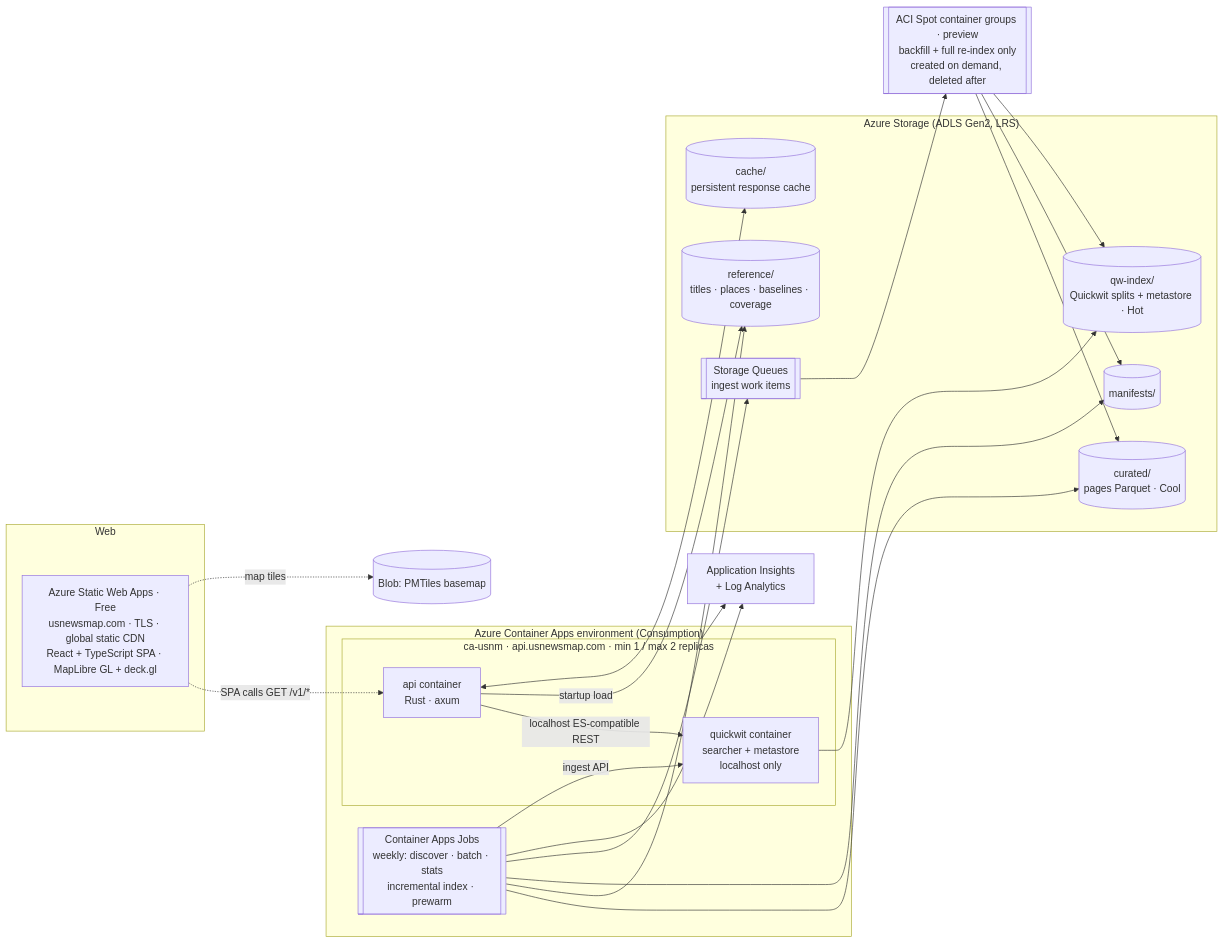
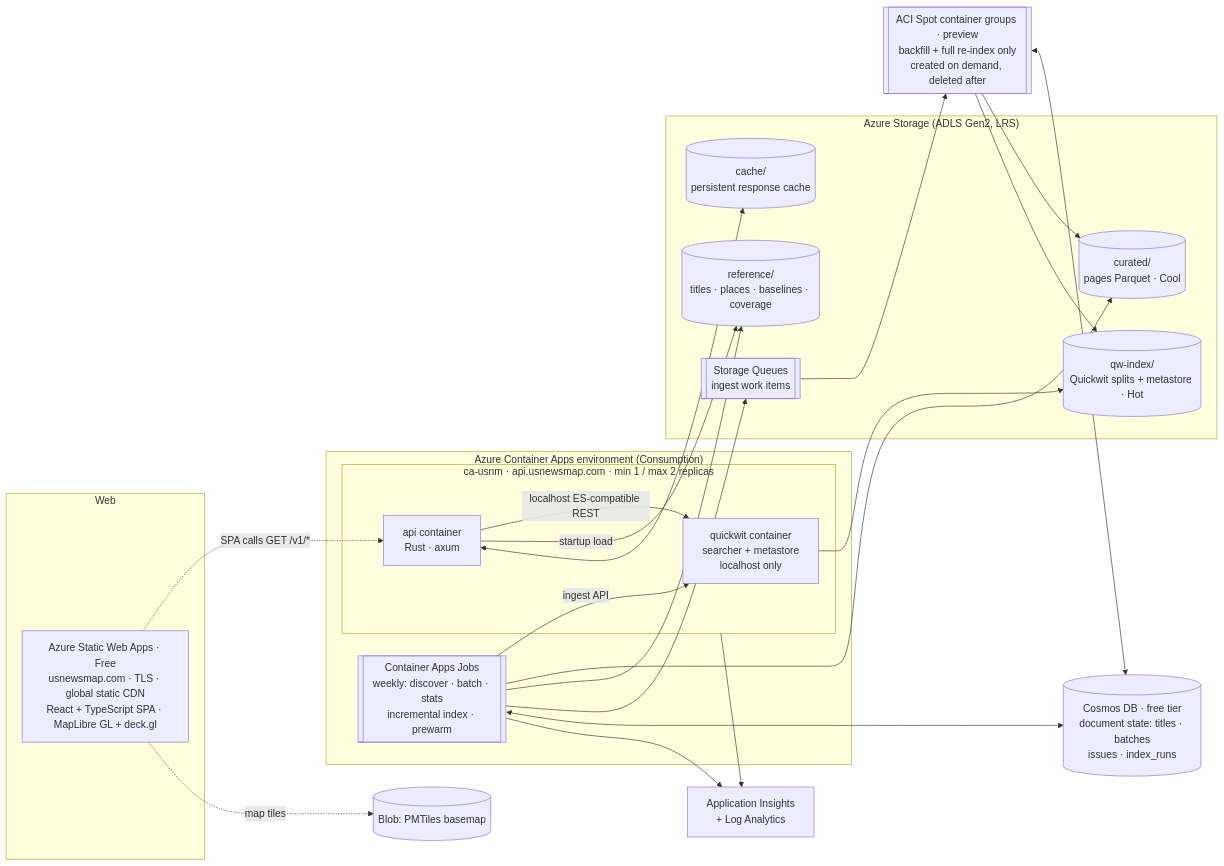
One commit to tgoodyear/usnewsmap.com changed the second of 4 diagrams in docs/design/03-architecture-overview.md. Above: the diagram before and after it, drawn with Mermaid. The commit also changed other lines of this file and 8 other files, not shown here.

First line of the commit message:
Use Cosmos DB free tier for pipeline document state

````diff
--- a/docs/design/03-architecture-overview.md
+++ b/docs/design/03-architecture-overview.md
@@ -37,36 +37,38 @@
 ```mermaid
 flowchart LR
   subgraph Web
     SWA[Azure Static Web Apps · Free<br/>usnewsmap.com · TLS · global static CDN<br/>React + TypeScript SPA · MapLibre GL + deck.gl]
   end
   subgraph "Azure Container Apps environment (Consumption)"
     subgraph APP["ca-usnm · api.usnewsmap.com · min 1 / max 2 replicas"]
       API[api container<br/>Rust · axum]
       QW[quickwit container<br/>searcher + metastore<br/>localhost only]
     end
     JOBS[[Container Apps Jobs<br/>weekly: discover · batch · stats<br/>incremental index · prewarm]]
   end
   SPOT[[ACI Spot container groups · preview<br/>backfill + full re-index only<br/>created on demand, deleted after]]
   subgraph Storage["Azure Storage (ADLS Gen2, LRS)"]
     CUR[(curated/<br/>pages Parquet · Cool)]
     REF[(reference/<br/>titles · places · baselines · coverage)]
     IDX[(qw-index/<br/>Quickwit splits + metastore · Hot)]
     CACHE[(cache/<br/>persistent response cache)]
-    MAN[(manifests/)]
     Q[[Storage Queues<br/>ingest work items]]
   end
   TILES[(Blob: PMTiles basemap)]
+  COS[(Cosmos DB · free tier<br/>document state: titles · batches<br/>issues · index_runs)]
   AI[Application Insights<br/>+ Log Analytics]
 
   SWA -. SPA calls GET /v1/* .-> API
   SWA -. map tiles .-> TILES
   API -->|localhost ES-compatible REST| QW
   API -->|startup load| REF
   API <--> CACHE
   QW --> IDX
-  JOBS --> CUR & REF & MAN & Q
-  SPOT --> CUR & MAN & IDX
+  JOBS --> CUR & REF & Q
+  JOBS <--> COS
+  SPOT --> CUR & IDX
+  SPOT <--> COS
   Q --> SPOT
   JOBS -->|ingest API| QW
   APP & JOBS --> AI
 ```
````
